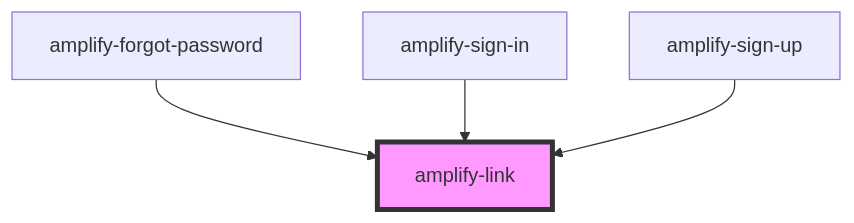
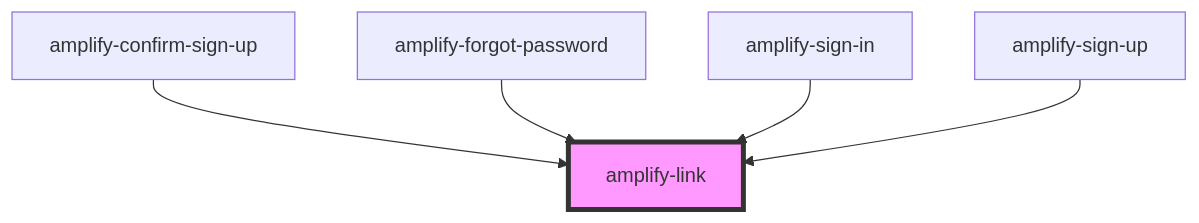
Before and after one commit to aws-amplify/amplify-js: the diagram in packages/amplify-ui-components/src/components/amplify-link/readme.md, drawn with Mermaid. The commit also changed other lines of this file and 7 other files, not shown here.

````diff
--- a/packages/amplify-ui-components/src/components/amplify-link/readme.md
+++ b/packages/amplify-ui-components/src/components/amplify-link/readme.md
@@ -25,7 +26,8 @@
 ```mermaid
 graph TD;
+  amplify-confirm-sign-up --> amplify-link
   amplify-forgot-password --> amplify-link
   amplify-sign-in --> amplify-link
   amplify-sign-up --> amplify-link
   style amplify-link fill:#f9f,stroke:#333,stroke-width:4px
 ```
````
